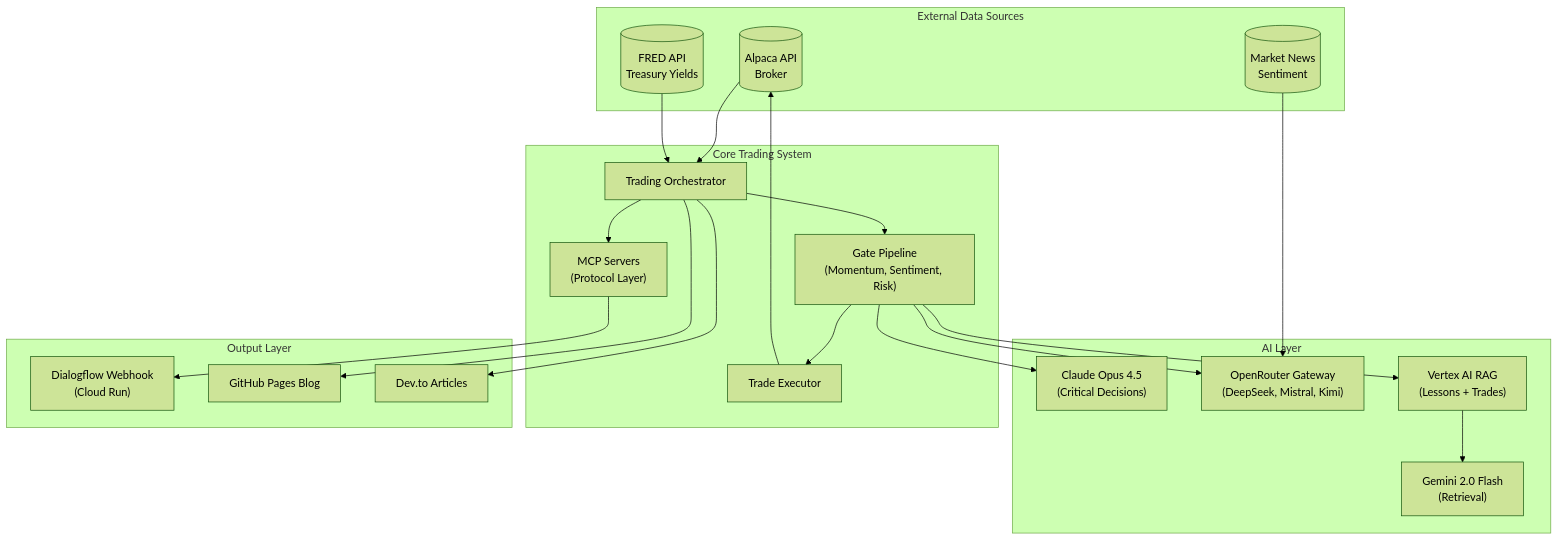
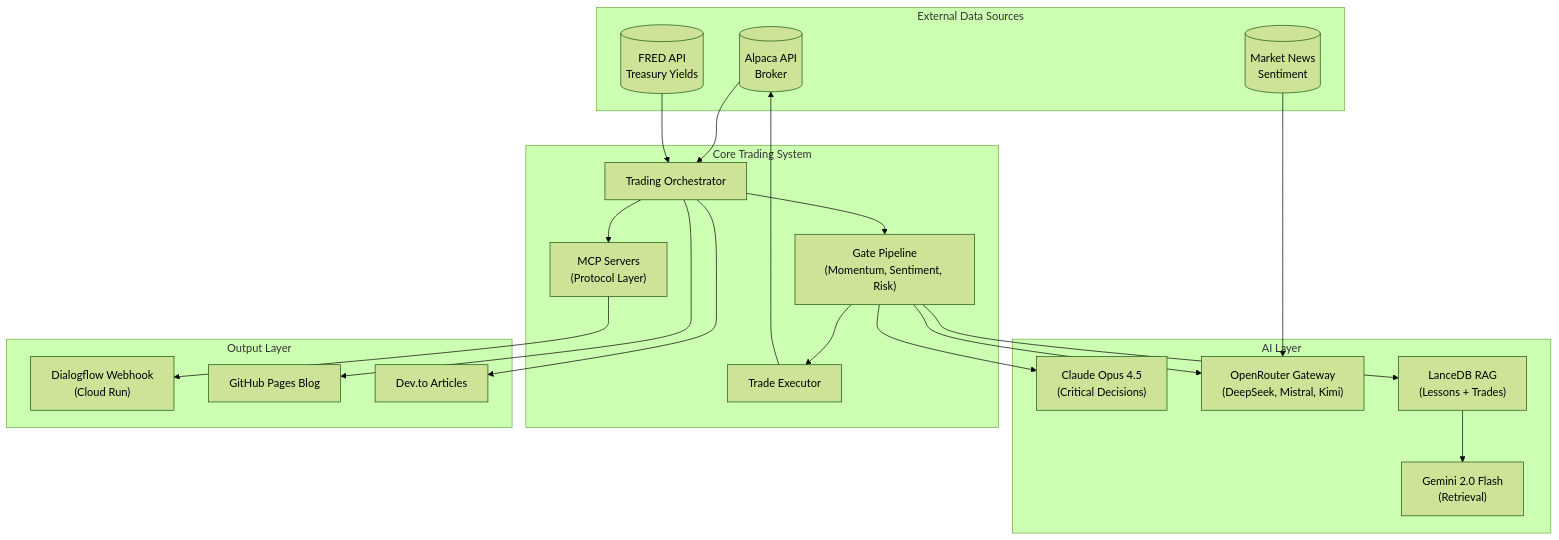
The first of 9 diagrams in docs/tech-stack.md (webclinic017/trading-spy-iron-condor), drawn with Mermaid (forest theme) before and after one commit. The commit also changed other lines of this file and 69 other files, not shown here.

Commit message:
LanceDB-first RAG cleanup and deploy updates

```diff
--- a/docs/tech-stack.md
+++ b/docs/tech-stack.md
@@ -18,47 +18,47 @@
 <div class="mermaid">
 flowchart TB
     subgraph External["External Data Sources"]
         ALPACA[("Alpaca API<br/>Broker")]
         FRED[("FRED API<br/>Treasury Yields")]
         NEWS[("Market News<br/>Sentiment")]
     end
 
     subgraph AI["AI Layer"]
         CLAUDE["Claude Opus 4.5<br/>(Critical Decisions)"]
         OPENROUTER["OpenRouter Gateway<br/>(DeepSeek, Mistral, Kimi)"]
-        RAG["Vertex AI RAG<br/>(Lessons + Trades)"]
+        RAG["LanceDB RAG<br/>(Lessons + Trades)"]
         GEMINI["Gemini 2.0 Flash<br/>(Retrieval)"]
     end
 
     subgraph CORE["Core Trading System"]
         ORCH["Trading Orchestrator"]
         GATES["Gate Pipeline<br/>(Momentum, Sentiment, Risk)"]
         EXEC["Trade Executor"]
         MCP["MCP Servers<br/>(Protocol Layer)"]
     end
 
     subgraph OUTPUT["Output Layer"]
         WEBHOOK["Dialogflow Webhook<br/>(Cloud Run)"]
         BLOG["GitHub Pages Blog"]
         DEVTO["Dev.to Articles"]
     end
 
     ALPACA --> ORCH
     FRED --> ORCH
     NEWS --> OPENROUTER
 
     ORCH --> GATES
     GATES --> CLAUDE
     GATES --> OPENROUTER
     GATES --> RAG
     RAG --> GEMINI
 
     GATES --> EXEC
     EXEC --> ALPACA
 
     ORCH --> MCP
     MCP --> WEBHOOK
     ORCH --> BLOG
     ORCH --> DEVTO
 
 </div>
```
